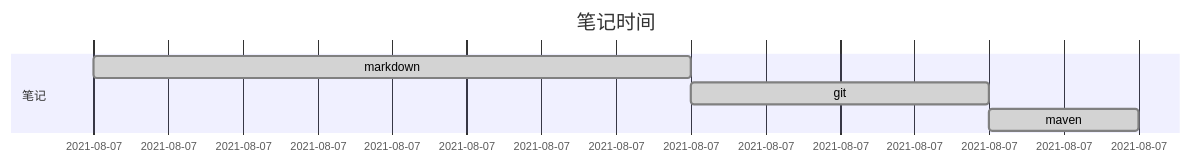
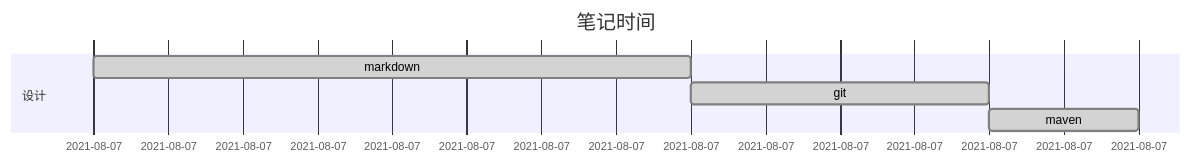
The diagram in README.md (Forgotten-wm/note), drawn with Mermaid before and after one commit.

Commit message:
readme 修改

````diff
--- a/README.md
+++ b/README.md
@@ -11,10 +11,10 @@
 ```mermaid
 gantt
-        dateFormat  YYYY-MM-DD HH:mm:ss
-        title 笔记时间
-        section 笔记
-        markdown                 :done,des1, 2021-8-7,4h
-        git                      :done,des2, after des1, 2h
-        maven                    :done,des3, after des2, 1h
+    dateFormat  YYYY-MM-DD HH:mm:ss
+    title 笔记时间
+    section 设计
+    markdown                 :done,des1, 2021-8-7,4h
+    git                      :done,des2, after des1, 2h
+    maven                    :done,des3, after des2, 1h
         
 ```
````
